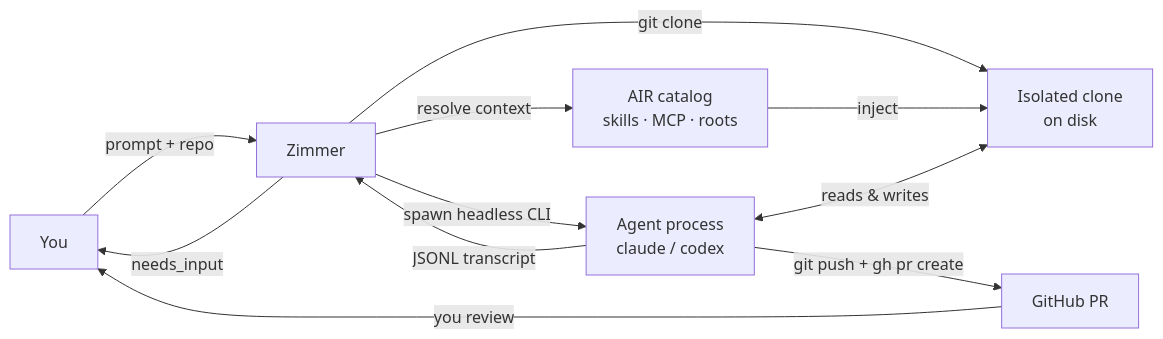
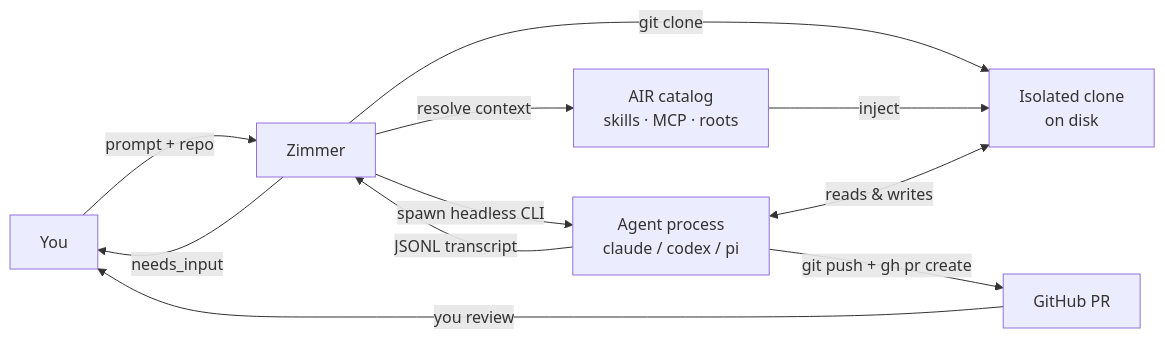
The diagram in docs/src/content/docs/intro/what-zimmer-is.md (tadasant/zimmer), drawn with Mermaid before and after one commit. The commit also changed other lines of this file and 23 other files, not shown here.

````diff
--- a/docs/src/content/docs/intro/what-zimmer-is.md
+++ b/docs/src/content/docs/intro/what-zimmer-is.md
@@ -19,13 +19,13 @@
 ```mermaid
 flowchart LR
     U["You"] -->|"prompt + repo"| Z["Zimmer"]
     Z -->|"git clone"| C["Isolated clone<br/>on disk"]
     Z -->|"resolve context"| A["AIR catalog<br/>skills · MCP · roots"]
     A -->|"inject"| C
-    Z -->|"spawn headless CLI"| P["Agent process<br/>claude / codex"]
+    Z -->|"spawn headless CLI"| P["Agent process<br/>claude / codex / pi"]
     P <-->|"reads &amp; writes"| C
     P -->|"JSONL transcript"| Z
     P -->|"git push + gh pr create"| G["GitHub PR"]
     Z -->|"needs_input"| U
     G -->|"you review"| U
 ```
````
